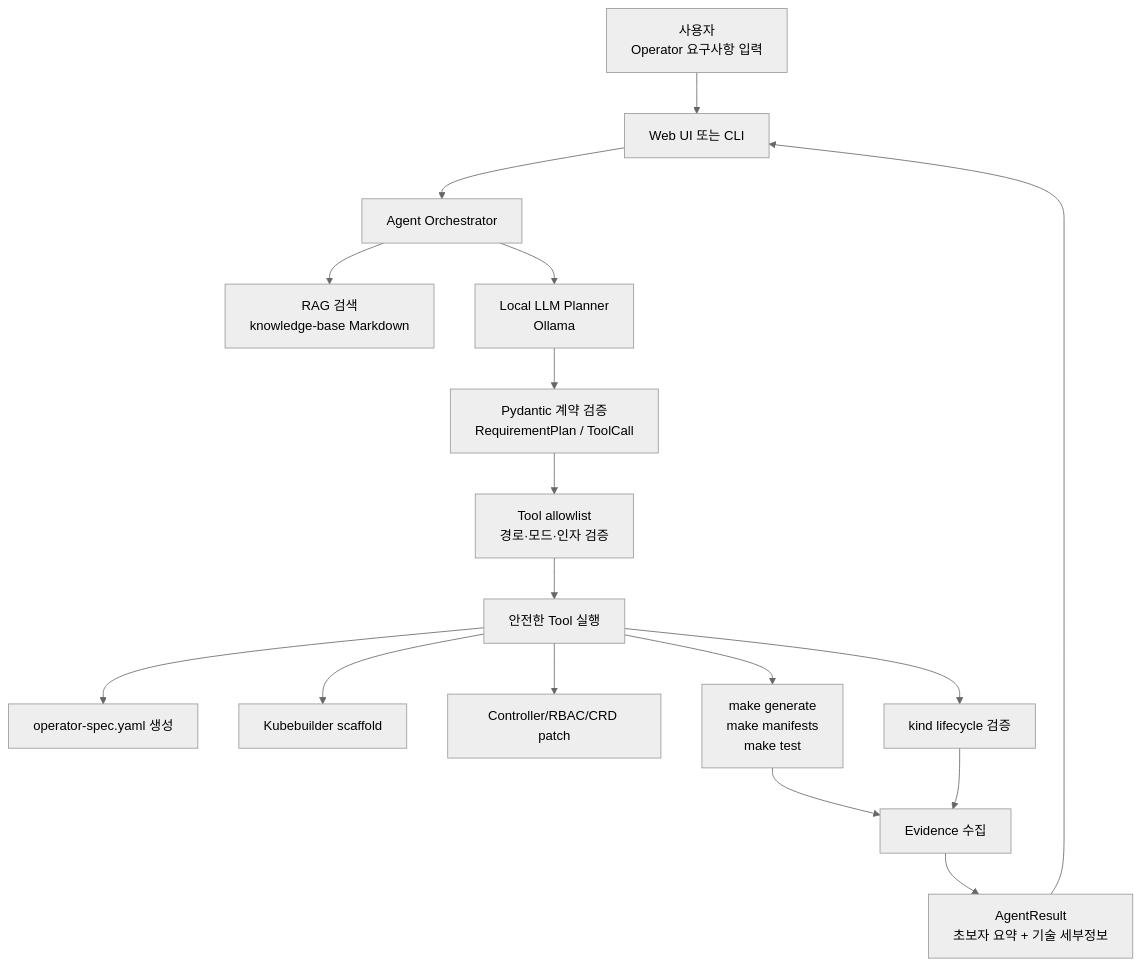
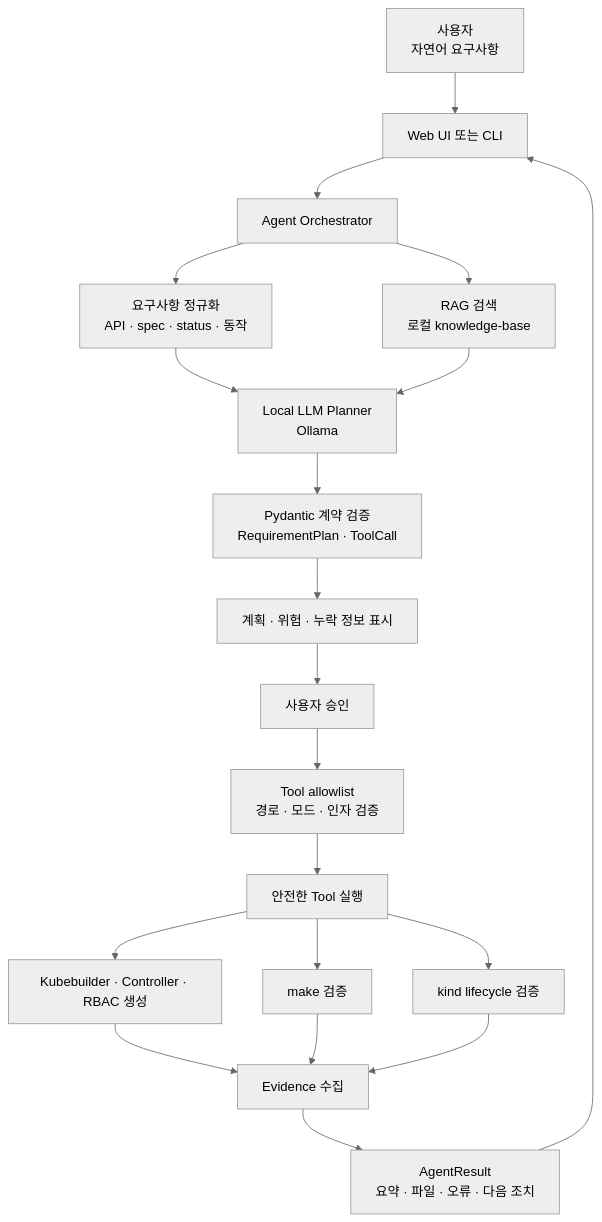
Before and after one commit to kuashi17/k8sagent: the diagram in README.md, drawn with Mermaid (neutral theme). The commit also changed other lines of this file, not shown here.

````diff
--- a/README.md
+++ b/README.md
@@ -65,19 +28,22 @@
 ```mermaid
 flowchart TD
-    U["사용자<br/>Operator 요구사항 입력"] --> W["Web UI 또는 CLI"]
-    W --> A["Agent Orchestrator"]
-    A --> R["RAG 검색<br/>knowledge-base Markdown"]
-    A --> L["Local LLM Planner<br/>Ollama"]
-    L --> C["Pydantic 계약 검증<br/>RequirementPlan / ToolCall"]
-    C --> V["Tool allowlist<br/>경로·모드·인자 검증"]
+    U["사용자<br/>자연어 요구사항"] --> W["Web UI 또는 CLI"]
+    W --> O["Agent Orchestrator"]
+    O --> N["요구사항 정규화<br/>API · spec · status · 동작"]
+    O --> R["RAG 검색<br/>로컬 knowledge-base"]
+    N --> L["Local LLM Planner<br/>Ollama"]
+    R --> L
+    L --> C["Pydantic 계약 검증<br/>RequirementPlan · ToolCall"]
+    C --> P["계획 · 위험 · 누락 정보 표시"]
+    P --> A["사용자 승인"]
+    A --> V["Tool allowlist<br/>경로 · 모드 · 인자 검증"]
     V --> T["안전한 Tool 실행"]
-    T --> S["operator-spec.yaml 생성"]
-    T --> P["Kubebuilder scaffold"]
-    T --> G["Controller/RBAC/CRD patch"]
-    T --> M["make generate<br/>make manifests<br/>make test"]
+    T --> G["Kubebuilder · Controller · RBAC 생성"]
+    T --> M["make 검증"]
     T --> K["kind lifecycle 검증"]
-    M --> E["Evidence 수집"]
+    G --> E["Evidence 수집"]
+    M --> E
     K --> E
-    E --> O["AgentResult<br/>초보자 요약 + 기술 세부정보"]
-    O --> W
+    E --> X["AgentResult<br/>요약 · 파일 · 오류 · 다음 조치"]
+    X --> W
 ```
````
